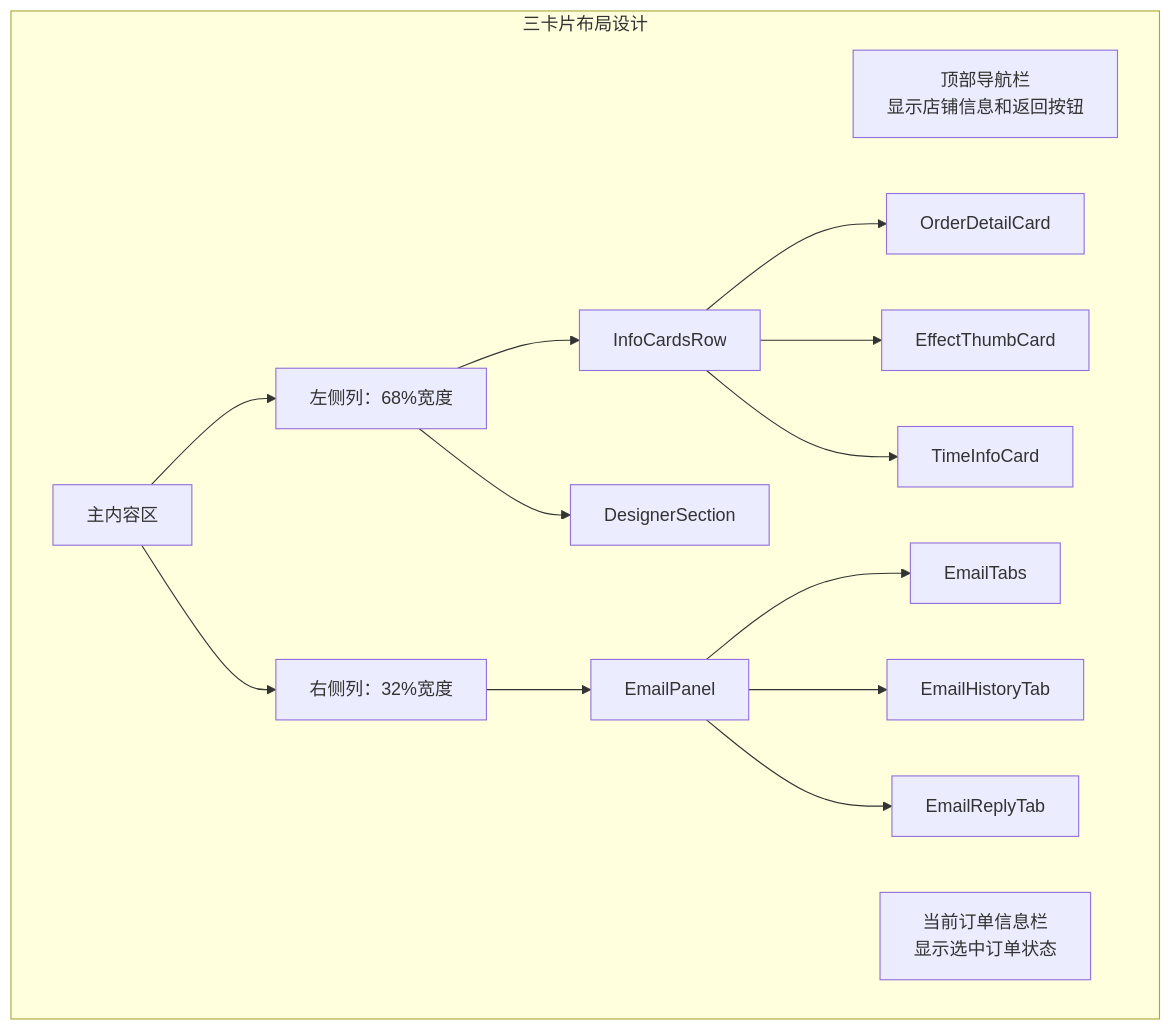
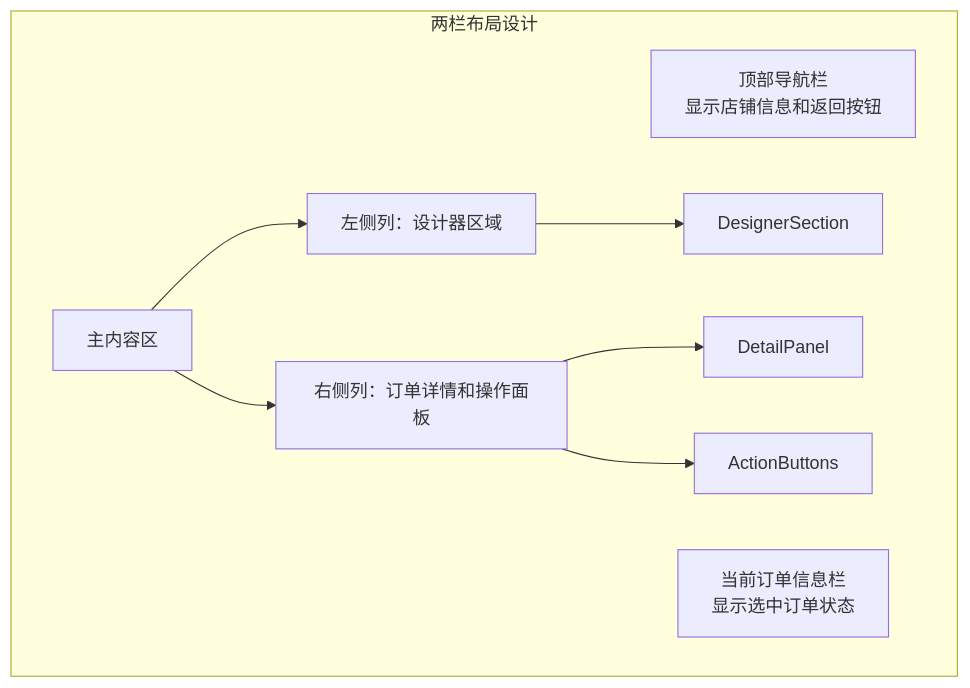
One commit to SY6621/POD-Order-Management changed the eighth of 12 diagrams in .qoder/repowiki/zh/content/开发指南/客服外链双链接系统.md. Above: the diagram before and after it, drawn with Mermaid. The commit also changed other lines of this file and 7 other files, not shown here.

````diff
--- a/.qoder/repowiki/zh/content/开发指南/客服外链双链接系统.md
+++ b/.qoder/repowiki/zh/content/开发指南/客服外链双链接系统.md
@@ -504,21 +457,15 @@
 ```mermaid
 graph TB
-subgraph "三卡片布局设计"
+subgraph "两栏布局设计"
 Header[顶部导航栏<br/>显示店铺信息和返回按钮]
 CurrentOrder[当前订单信息栏<br/>显示选中订单状态]
 MainContent[主内容区]
-LeftColumn[左侧列：68%宽度]
-RightColumn[右侧列：32%宽度]
-LeftColumn --> InfoCardsRow
+LeftColumn[左侧列：设计器区域]
+RightColumn[右侧列：订单详情和操作面板]
 LeftColumn --> DesignerSection
-InfoCardsRow --> OrderDetailCard
-InfoCardsRow --> EffectThumbCard
-InfoCardsRow --> TimeInfoCard
-RightColumn --> EmailPanel
-EmailPanel --> EmailTabs
-EmailPanel --> EmailHistoryTab
-EmailPanel --> EmailReplyTab
+RightColumn --> DetailPanel
+RightColumn --> ActionButtons
 end
 MainContent --> LeftColumn
 MainContent --> RightColumn
 ```
````
